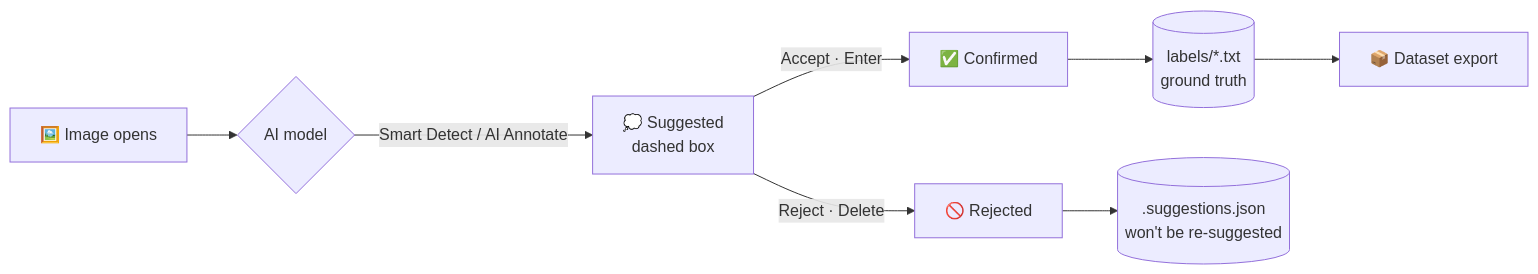
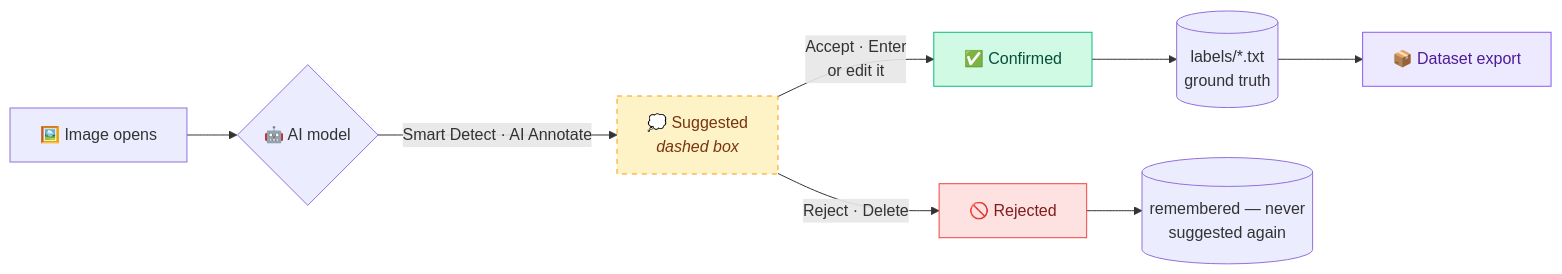
The first of 3 diagrams in README.md (ChandraMahesh24/Annomaster1), drawn with Mermaid before and after one commit. The commit also changed other lines of this file and 1 other file, not shown here.

Commit message:
Redesign README with animated banner, diagrams and shortcuts

````diff
--- a/README.md
+++ b/README.md
@@ -107,10 +237,15 @@
 ```mermaid
 flowchart LR
-    A[🖼️ Image opens] --> B{AI model}
-    B -->|Smart Detect / AI Annotate| C[💭 Suggested<br/>dashed box]
-    C -->|Accept · Enter| D[✅ Confirmed]
-    C -->|Reject · Delete| E[🚫 Rejected]
-    D --> F[(labels/*.txt<br/>ground truth)]
-    E --> G[(.suggestions.json<br/>won't be re-suggested)]
-    F --> H[📦 Dataset export]
+    A["🖼️ Image opens"] --> B{"🤖 AI model"}
+    B -->|"Smart Detect · AI Annotate"| C["💭 Suggested<br/><i>dashed box</i>"]
+    C -->|"Accept · Enter<br/>or edit it"| D["✅ Confirmed"]
+    C -->|"Reject · Delete"| E["🚫 Rejected"]
+    D --> F[("labels/*.txt<br/>ground truth")]
+    E --> G[("remembered — never<br/>suggested again")]
+    F --> H["📦 Dataset export"]
+
+    style C fill:#fef3c7,stroke:#f59e0b,stroke-dasharray: 5 5,color:#78350f
+    style D fill:#d1fae5,stroke:#10b981,color:#064e3b
+    style E fill:#fee2e2,stroke:#ef4444,color:#7f1d1d
+    style H fill:#ede9fe,stroke:#8b5cf6,color:#4c1d95
 ```
````
